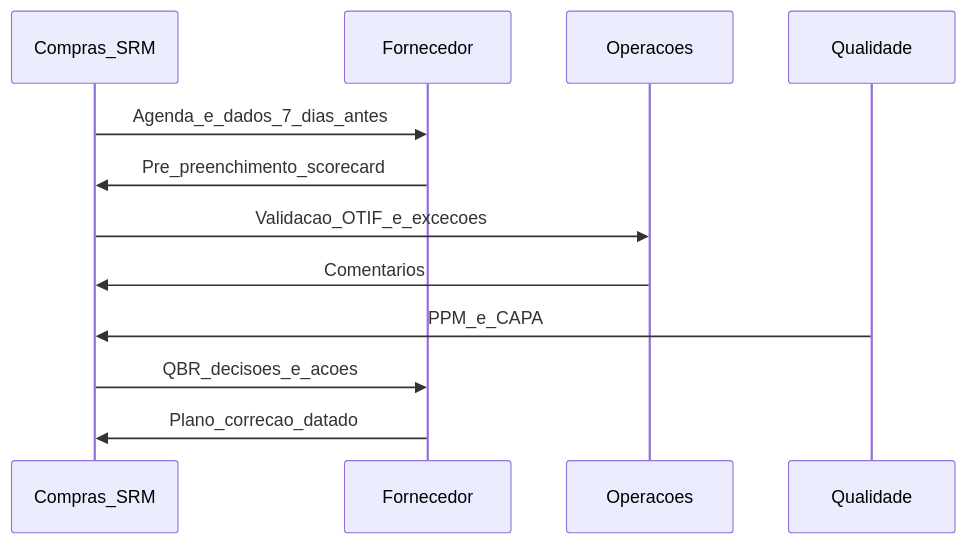
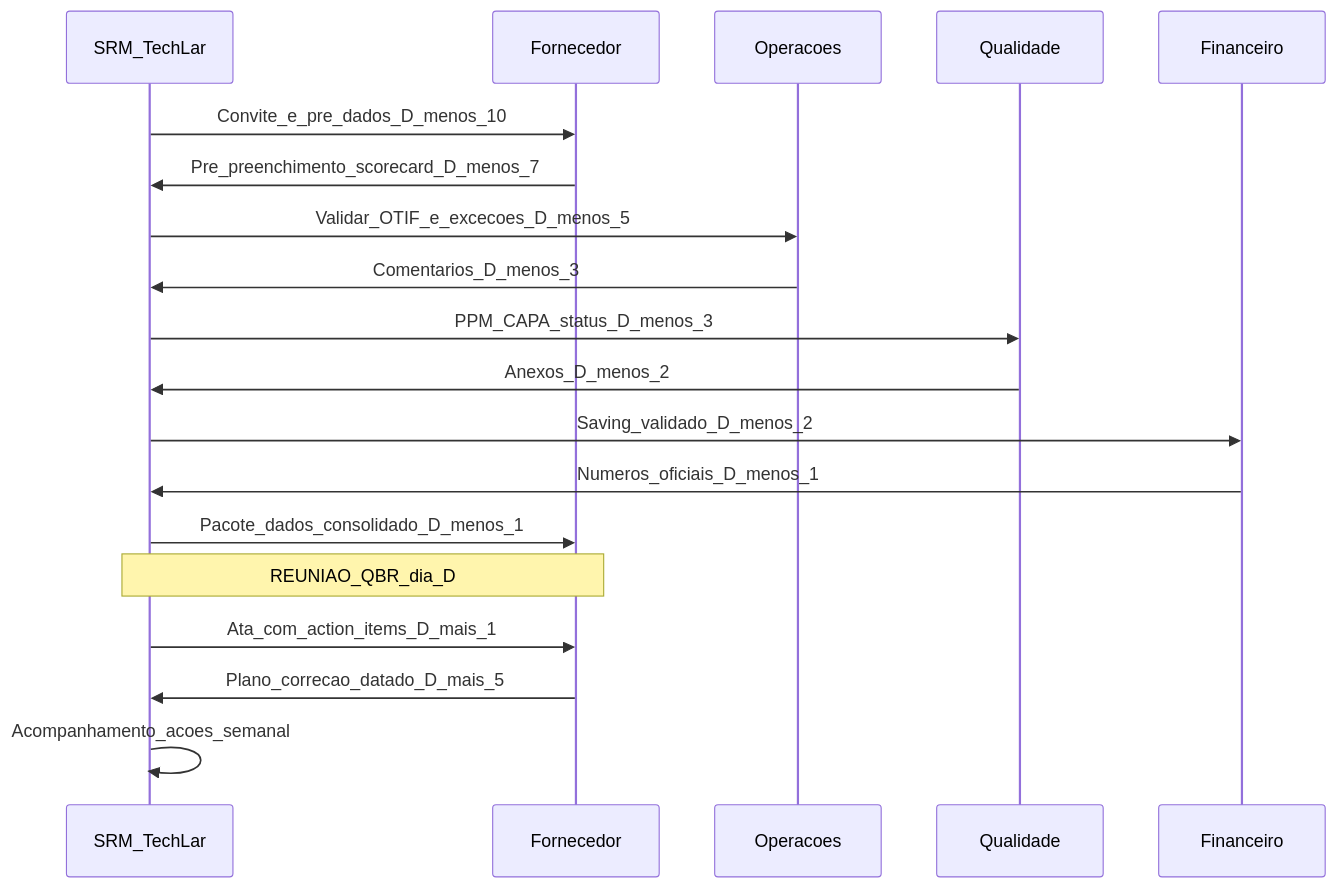
The second of 3 diagrams in aulas/trilha-logistica-estrategica/modulo-03-gestao-de-fornecedores-srm/aula-02-slas-scorecards-qbr.md (cleberhensel/logisticon-academy), drawn with Mermaid before and after one commit. The commit also changed other lines of this file and 122 other files, not shown here.

````diff
--- a/aulas/trilha-logistica-estrategica/modulo-03-gestao-de-fornecedores-srm/aula-02-slas-scorecards-qbr.md
+++ b/aulas/trilha-logistica-estrategica/modulo-03-gestao-de-fornecedores-srm/aula-02-slas-scorecards-qbr.md
@@ -50,14 +163,21 @@
 ```mermaid
 sequenceDiagram
-  participant C as Compras_SRM
-  participant F as Fornecedor
-  participant O as Operacoes
-  participant Q as Qualidade
-  C->>F: Agenda_e_dados_7_dias_antes
-  F->>C: Pre_preenchimento_scorecard
-  C->>O: Validacao_OTIF_e_excecoes
-  O->>C: Comentarios
-  Q->>C: PPM_e_CAPA
-  C->>F: QBR_decisoes_e_acoes
-  F->>C: Plano_correcao_datado
+  participant SRM as SRM_TechLar
+  participant FOR as Fornecedor
+  participant OPS as Operacoes
+  participant QUA as Qualidade
+  participant FIN as Financeiro
+  SRM->>FOR: Convite_e_pre_dados_D_menos_10
+  FOR->>SRM: Pre_preenchimento_scorecard_D_menos_7
+  SRM->>OPS: Validar_OTIF_e_excecoes_D_menos_5
+  OPS->>SRM: Comentarios_D_menos_3
+  SRM->>QUA: PPM_CAPA_status_D_menos_3
+  QUA->>SRM: Anexos_D_menos_2
+  SRM->>FIN: Saving_validado_D_menos_2
+  FIN->>SRM: Numeros_oficiais_D_menos_1
+  SRM->>FOR: Pacote_dados_consolidado_D_menos_1
+  Note over SRM,FOR: REUNIAO_QBR_dia_D
+  SRM->>FOR: Ata_com_action_items_D_mais_1
+  FOR->>SRM: Plano_correcao_datado_D_mais_5
+  SRM->>SRM: Acompanhamento_acoes_semanal
 ```
````
